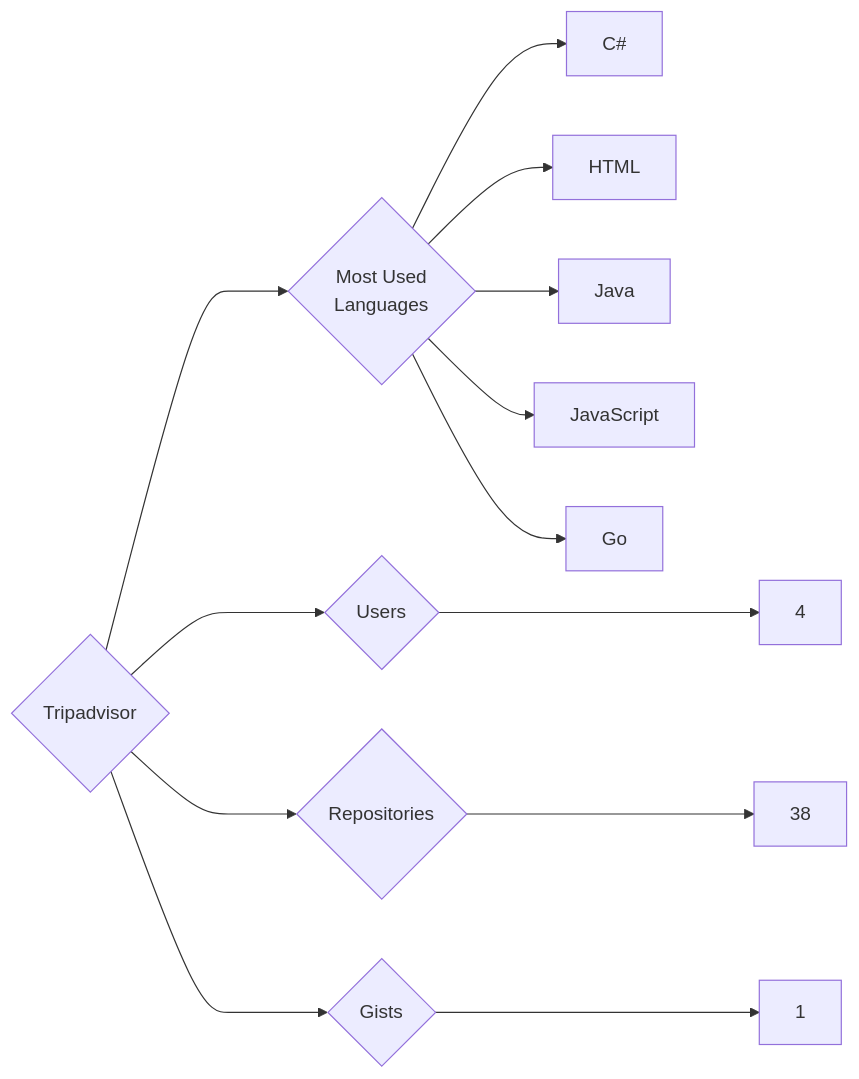
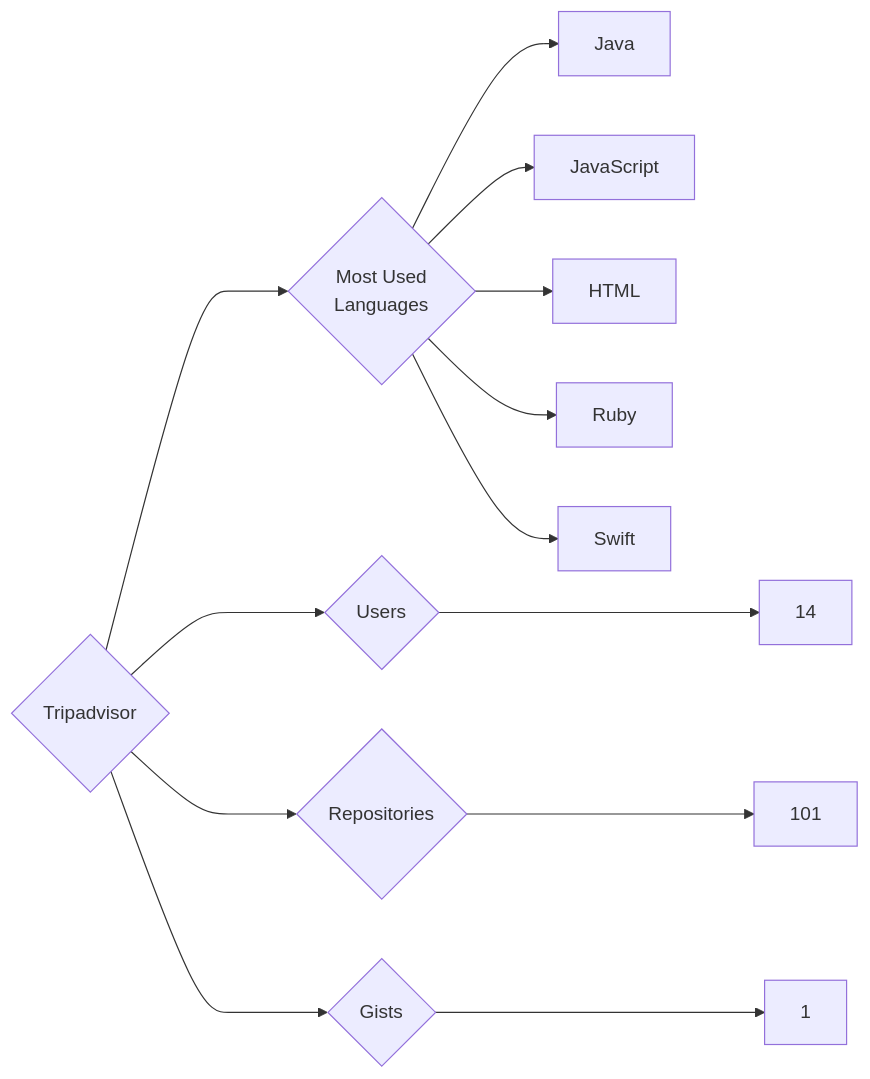
Before and after one commit to trickest/insiders: the diagram in targets/Tripadvisor/README.md, drawn with Mermaid. The commit also changed 681 other files, not shown here.

````diff
--- a/targets/Tripadvisor/README.md
+++ b/targets/Tripadvisor/README.md
@@ -3,13 +3,13 @@
 ```mermaid
 graph LR
 COMPANY_NAME{Tripadvisor}
-COMPANY_NAME ---> U{Users} ---> UN[4]
-COMPANY_NAME ---> R{Repositories} ---> RN[38]
+COMPANY_NAME ---> U{Users} ---> UN[14]
+COMPANY_NAME ---> R{Repositories} ---> RN[101]
 COMPANY_NAME ---> G{Gists} ---> GN[1]
 COMPANY_NAME ---> ML{Most Used<br>Languages}
-ML --> C#[C#]
-ML --> HTML[HTML]
 ML --> Java[Java]
 ML --> JavaScript[JavaScript]
-ML --> Go[Go]
+ML --> HTML[HTML]
+ML --> Ruby[Ruby]
+ML --> Swift[Swift]
 ```
````
